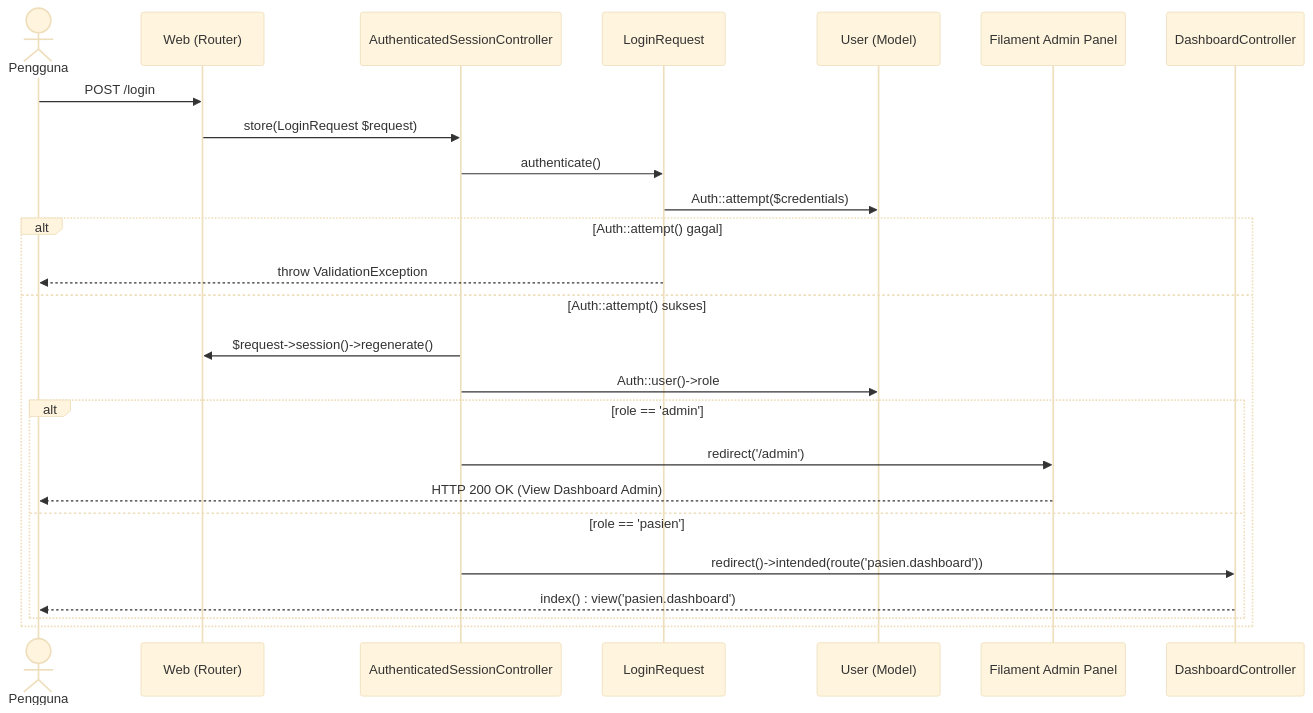
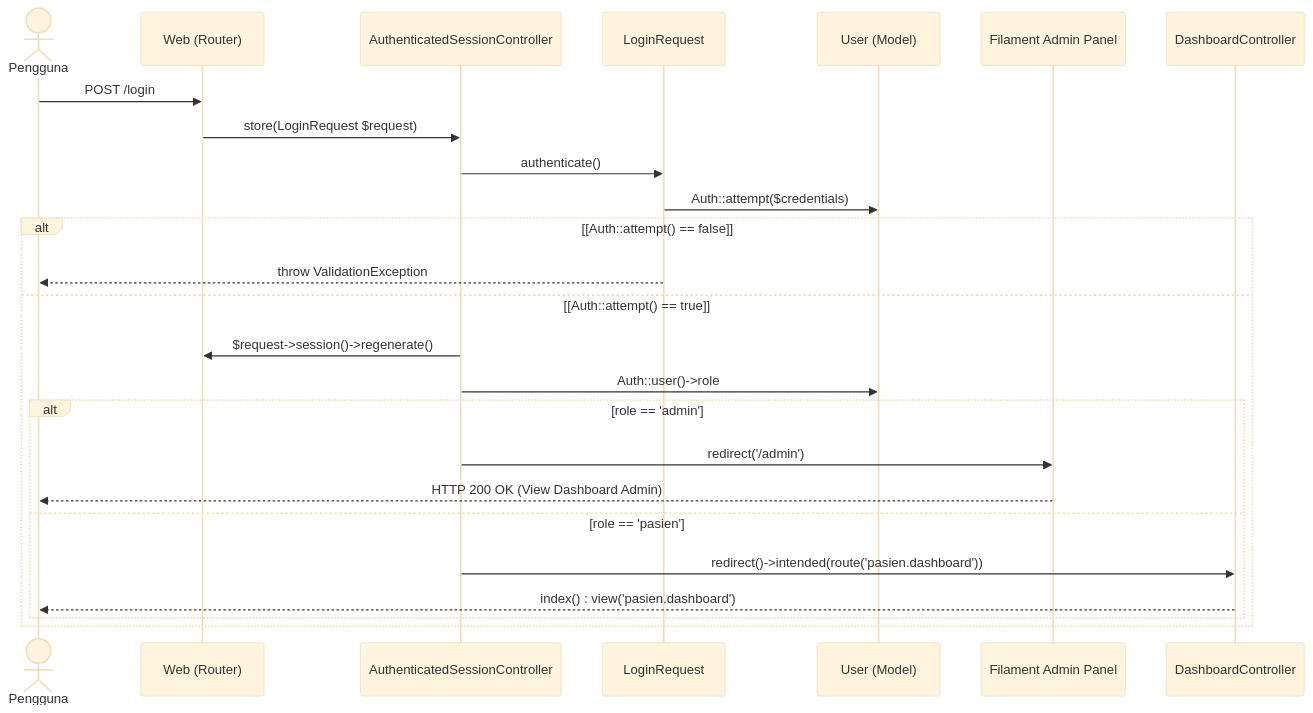
Before and after one commit to Faathir81/Sistem-Informasi-Klinik: the first of 7 diagrams in dokumentasi/spesifikasi-proyek/sequence-diagrams.md, drawn with Mermaid (base theme). The commit also changed other lines of this file, not shown here.

Commit message:
docs: finalize sequence diagrams by converting all remaining logical conditional labels to technical expressions

````diff
--- a/dokumentasi/spesifikasi-proyek/sequence-diagrams.md
+++ b/dokumentasi/spesifikasi-proyek/sequence-diagrams.md
@@ -7,28 +7,28 @@
 ```mermaid
 sequenceDiagram
     actor Pengguna
     participant Web as Web (Router)
     participant Auth as AuthenticatedSessionController
     participant Login as LoginRequest
     participant User as User (Model)
     participant Panel as Filament Admin Panel
     participant PasienDash as DashboardController
 
     Pengguna->>Web: POST /login
     Web->>Auth: store(LoginRequest $request)
     Auth->>Login: authenticate()
     Login->>User: Auth::attempt($credentials)
-    alt Auth::attempt() gagal
+    alt [Auth::attempt() == false]
         Login-->>Pengguna: throw ValidationException
-    else Auth::attempt() sukses
+    else [Auth::attempt() == true]
         Auth->>Web: $request->session()->regenerate()
         Auth->>User: Auth::user()->role
         alt role == 'admin'
             Auth->>Panel: redirect('/admin')
             Panel-->>Pengguna: HTTP 200 OK (View Dashboard Admin)
         else role == 'pasien'
             Auth->>PasienDash: redirect()->intended(route('pasien.dashboard'))
             PasienDash-->>Pengguna: index() : view('pasien.dashboard')
         end
     end
 ```
````
